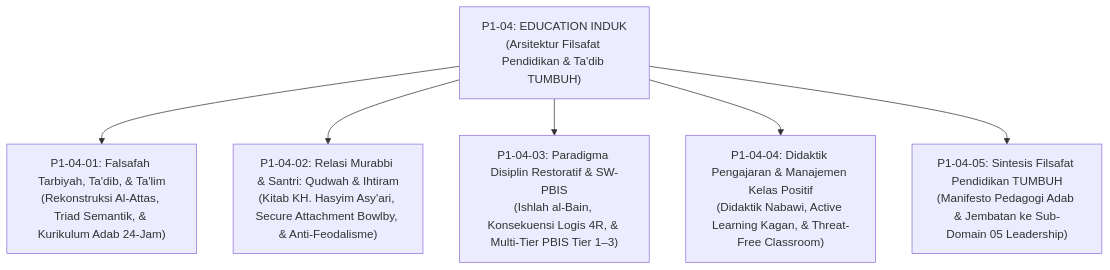
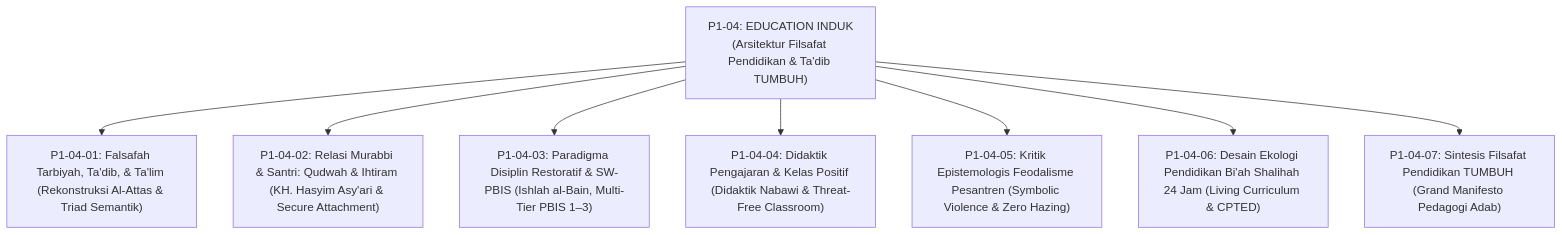
The second of 3 diagrams in 01 Philosophy/04 Education/P1-04-Education-TUMBUH.md (wandiapriliyandi/tumbuh), drawn with Mermaid before and after one commit. The commit also changed other lines of this file and 18 other files, not shown here.

````diff
--- a/01 Philosophy/04 Education/P1-04-Education-TUMBUH.md
+++ b/01 Philosophy/04 Education/P1-04-Education-TUMBUH.md
@@ -69,10 +69,12 @@
 ```mermaid
 graph TD
     Master["P1-04: EDUCATION INDUK<br/>(Arsitektur Filsafat Pendidikan & Ta'dib TUMBUH)"]
     
-    Master --> M1["P1-04-01: Falsafah Tarbiyah, Ta'dib, & Ta'lim<br/>(Rekonstruksi Al-Attas, Triad Semantik, & Kurikulum Adab 24-Jam)"]
-    Master --> M2["P1-04-02: Relasi Murabbi & Santri: Qudwah & Ihtiram<br/>(Kitab KH. Hasyim Asy'ari, Secure Attachment Bowlby, & Anti-Feodalisme)"]
-    Master --> M3["P1-04-03: Paradigma Disiplin Restoratif & SW-PBIS<br/>(Ishlah al-Bain, Konsekuensi Logis 4R, & Multi-Tier PBIS Tier 1–3)"]
-    Master --> M4["P1-04-04: Didaktik Pengajaran & Manajemen Kelas Positif<br/>(Didaktik Nabawi, Active Learning Kagan, & Threat-Free Classroom)"]
-    Master --> M5["P1-04-05: Sintesis Filsafat Pendidikan TUMBUH<br/>(Manifesto Pedagogi Adab & Jembatan ke Sub-Domain 05 Leadership)"]
+    Master --> M1["P1-04-01: Falsafah Tarbiyah, Ta'dib, & Ta'lim (Rekonstruksi Al-Attas & Triad Semantik)"]
+    Master --> M2["P1-04-02: Relasi Murabbi & Santri: Qudwah & Ihtiram (KH. Hasyim Asy'ari & Secure Attachment)"]
+    Master --> M3["P1-04-03: Paradigma Disiplin Restoratif & SW-PBIS (Ishlah al-Bain, Multi-Tier PBIS 1–3)"]
+    Master --> M4["P1-04-04: Didaktik Pengajaran & Kelas Positif (Didaktik Nabawi & Threat-Free Classroom)"]
+    Master --> M5["P1-04-05: Kritik Epistemologis Feodalisme Pesantren (Symbolic Violence & Zero Hazing)"]
+    Master --> M6["P1-04-06: Desain Ekologi Pendidikan Bi'ah Shalihah 24 Jam (Living Curriculum & CPTED)"]
+    Master --> M7["P1-04-07: Sintesis Filsafat Pendidikan TUMBUH (Grand Manifesto Pedagogi Adab)"]
 ```
````
